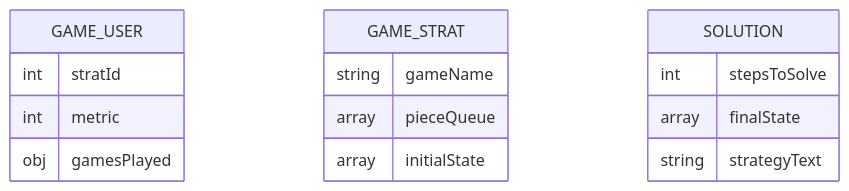
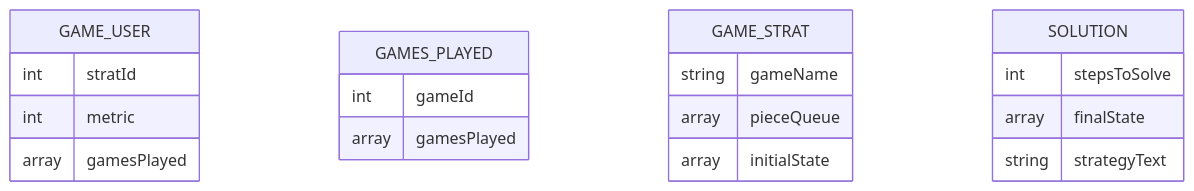
One commit to teamcrusher/threewide changed the second of 2 diagrams in Diagrams/Data-model.md. Above: the diagram before and after it, drawn with Mermaid. The commit also changed other lines of this file, not shown here.

Commit message:
quick fix on some forgotten diagram content

````diff
--- a/Diagrams/Data-model.md
+++ b/Diagrams/Data-model.md
@@ -39,20 +41,25 @@
 ```mermaid
   erDiagram
     GAME_USER {
 	    int stratId
 	    int metric
-	    obj gamesPlayed
+	    array gamesPlayed
+    }
+
+    GAMES_PLAYED {
+	    int gameId
+	    array gamesPlayed
     }
     
 	GAME_STRAT {
 		string gameName
 		array pieceQueue
 		array initialState
 	}
 
 	SOLUTION {
 		int stepsToSolve
 		array finalState
 		string strategyText
 	}
 ```
````
